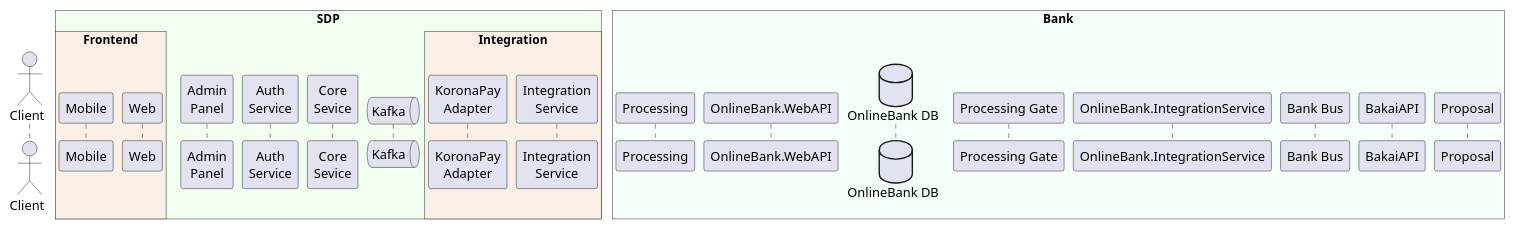
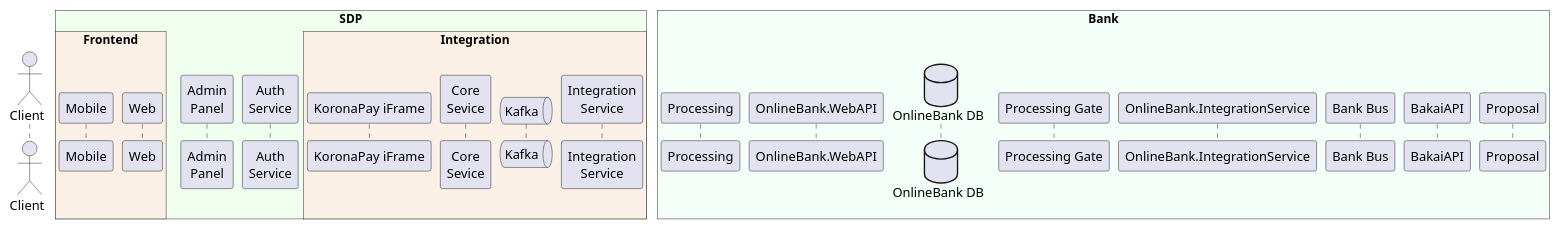
One commit to MIBtester/plantuml-styles changed the diagram in sdp_participants.puml. Above: the diagram before and after it, drawn with PlantUML.

Commit message:
Fix participant order and rename Core service

```diff
--- a/sdp_participants.puml
+++ b/sdp_participants.puml
@@ -1,39 +1,40 @@
 @startuml
 !pragma teoz true
 
 actor Client as Client order 10
 
 box "SDP" #HoneyDew
 
         box "Frontend" #Linen
             participant "Mobile" as Mobile order 20
             participant "Web" as Web order 25
         end box
 
     participant "Admin\nPanel" as Admin order 30
     participant "Auth\nService" as Auth order 33
-    participant "Core\nSevice" as Core order 36
+    participant "KoronaPay iFrame" as ZK order 39
+    participant "Core\nSevice" as Core order 56
     queue "Kafka" as Kafka order 63
 
       box "Integration" #Linen
         participant "KoronaPay\nAdapter" as ZK order 70
         participant "Integration\nService" as Integration order 99
       end box
 
 end box
 
 box "Bank" #MintCream
 
     participant "Processing" as Processing order 100
     participant "OnlineBank.WebAPI" as WebAPI order 110
     database "OnlineBank DB" as OBDB order 120
     participant "Processing Gate" as Pgate order 130
     participant "OnlineBank.IntegrationService" as OBIS order 140
     participant "Bank Bus" as BankBus order 150
     participant "BakaiAPI" as BakaiAPI order 160
     participant "Proposal" as Proposal order 170
 
 end box
 
 
 @enduml
```
